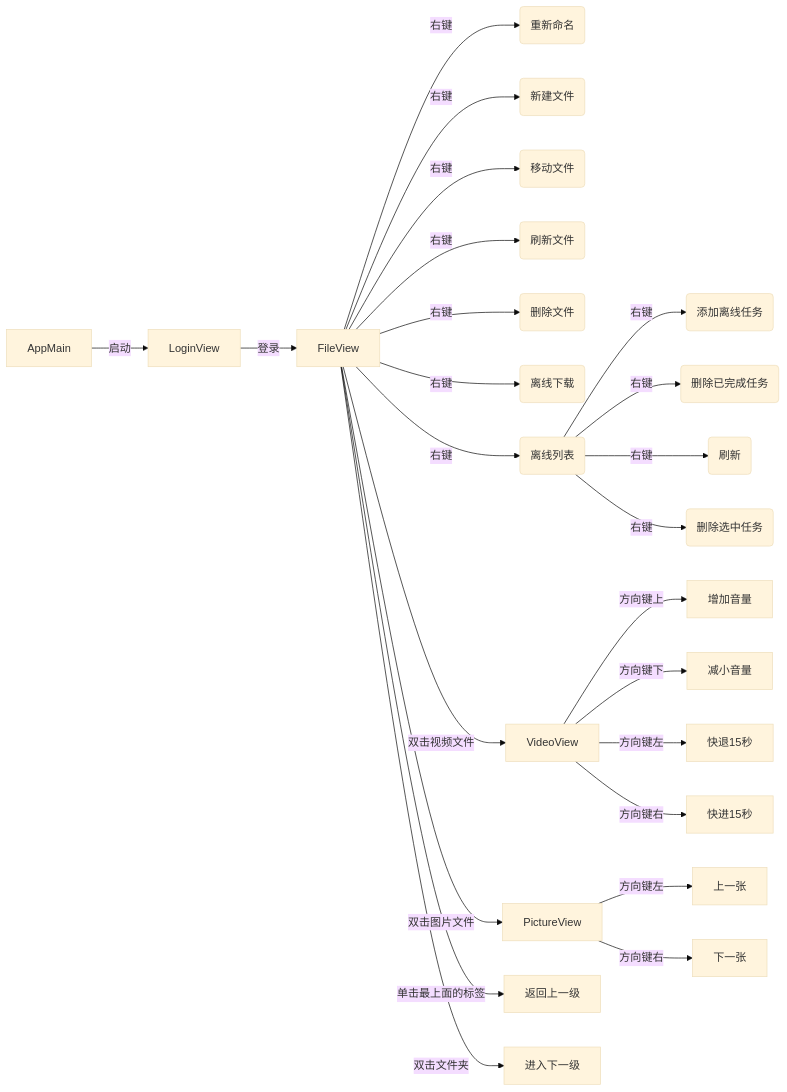
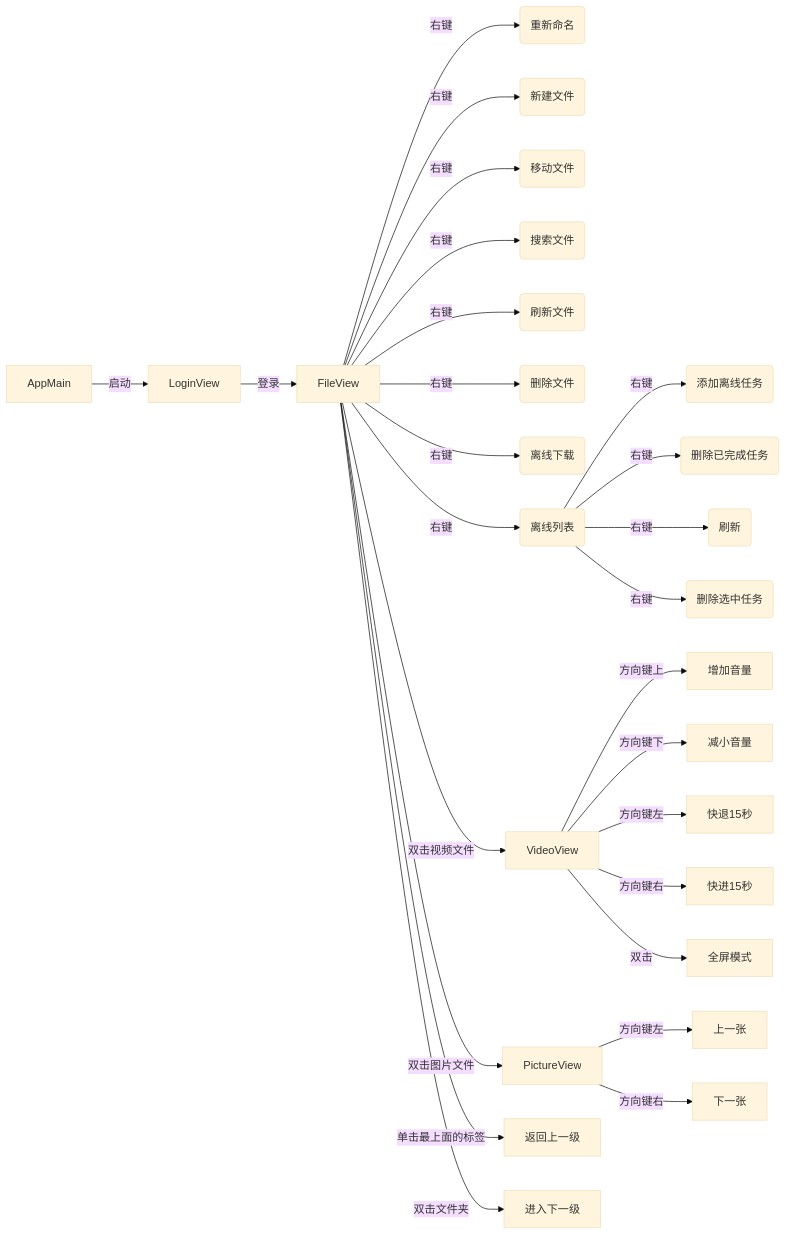
Before and after one commit to zerorooot/SixPan: the diagram in README.md, drawn with Mermaid (base theme). The commit also changed other lines of this file and 3 other files, not shown here.

````diff
--- a/README.md
+++ b/README.md
@@ -29,25 +29,27 @@
 ```mermaid
 graph LR;
 AppMain--启动-->LoginView--登录-->FileView
 FileView--右键-->editItem(重新命名)
 FileView--右键-->createFolderItem(新建文件)
 FileView--右键-->moveFileItem(移动文件)
+FileView--右键-->searchFileItem(搜索文件)
 FileView--右键-->flushItem(刷新文件)
 FileView--右键-->deleteItem(删除文件)
 FileView--右键-->addOffLineItem(离线下载)
 FileView--右键-->offLineViewltem(离线列表)
 offLineViewltem--右键-->offLineAdd(添加离线任务)
 offLineViewltem--右键-->deleteComplete(删除已完成任务)
 offLineViewltem--右键-->flush(刷新)
 offLineViewltem--右键-->deleteCurrent(删除选中任务)
 FileView--双击视频文件-->VideoView
 VideoView--方向键上-->增加音量
 VideoView--方向键下-->减小音量
 VideoView--方向键左-->快退15秒
 VideoView--方向键右-->快进15秒
+VideoView--双击-->全屏模式
 FileView--双击图片文件-->PictureView
 PictureView--方向键左-->上一张
 PictureView--方向键右-->下一张
 FileView--单击最上面的标签-->返回上一级
 FileView--双击文件夹-->进入下一级
 ```
````
